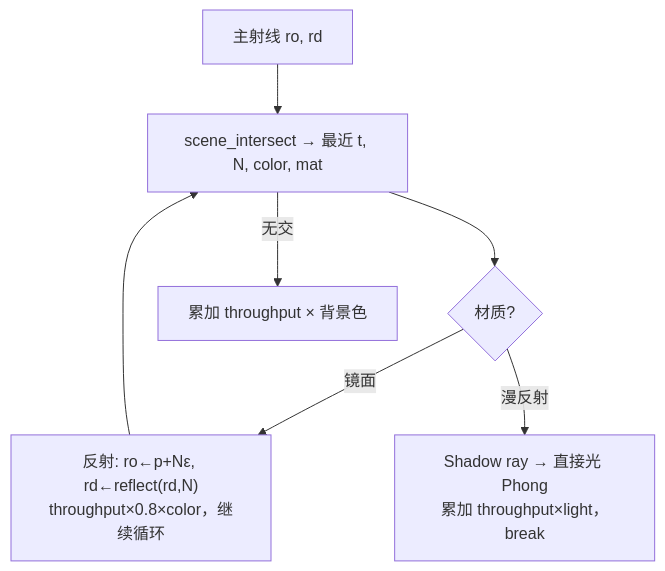
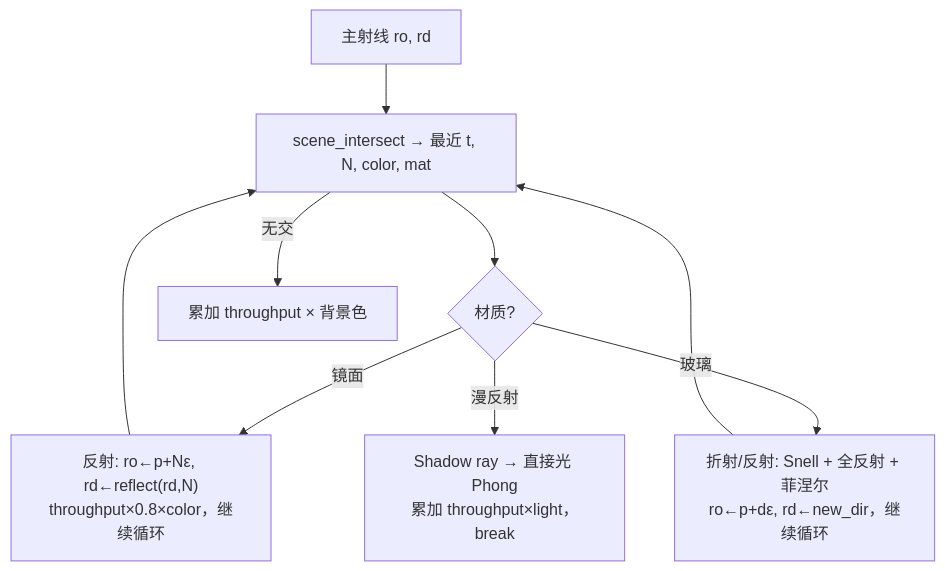
Before and after one commit to Fufuz-jiushijie/CG-labs: the diagram in src/Work5/README.md, drawn with Mermaid. The commit also changed other lines of this file and 23 other files, not shown here.

````diff
--- a/src/Work5/README.md
+++ b/src/Work5/README.md
@@ -34,15 +41,18 @@
 ```mermaid
 flowchart TD
     R0["主射线 ro, rd"]
     H["scene_intersect → 最近 t, N, color, mat"]
     M{"材质?"}
     BG["累加 throughput × 背景色"]
     MIR["反射: ro←p+Nε, rd←reflect(rd,N)\nthroughput×0.8×color，继续循环"]
+    GLA["折射/反射: Snell + 全反射 + 菲涅尔\nro←p+dε, rd←new_dir，继续循环"]
     DIF["Shadow ray → 直接光 Phong\n累加 throughput×light，break"]
     R0 --> H
     H -->|无交| BG
     H --> M
     M -->|镜面| MIR
+    M -->|玻璃| GLA
     M -->|漫反射| DIF
     MIR --> H
+    GLA --> H
 ```
````
